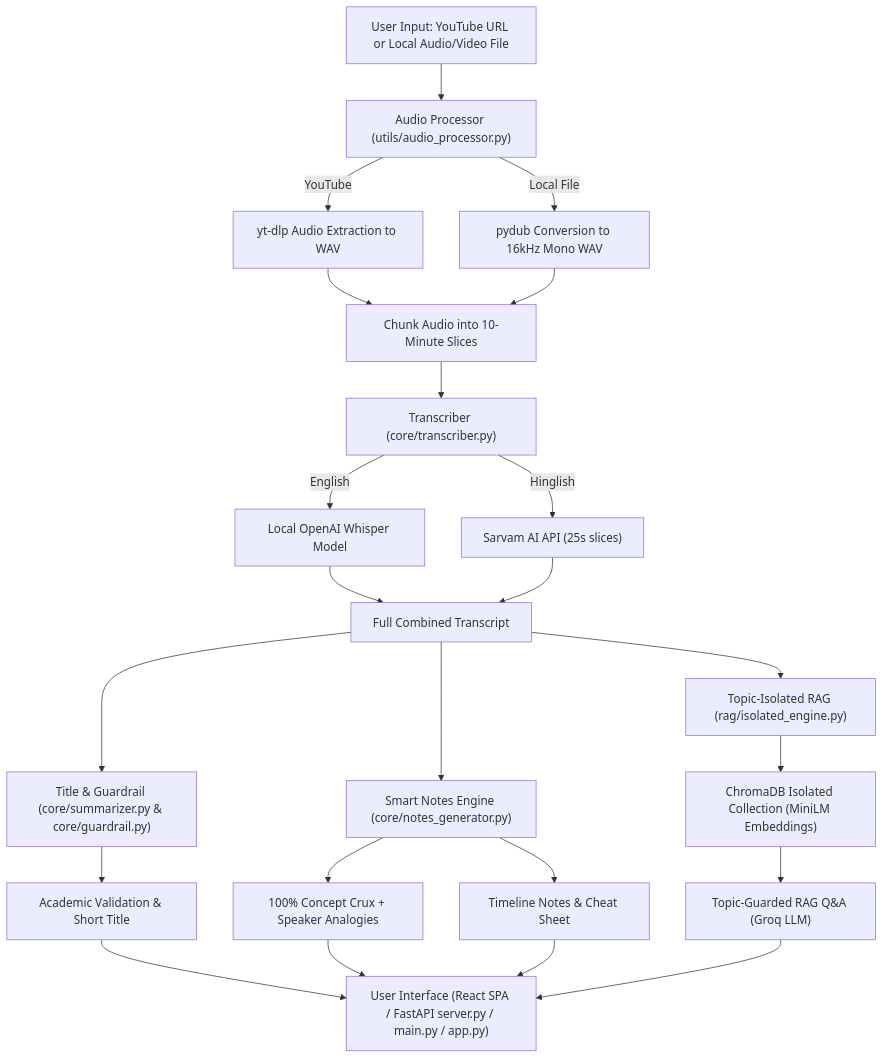
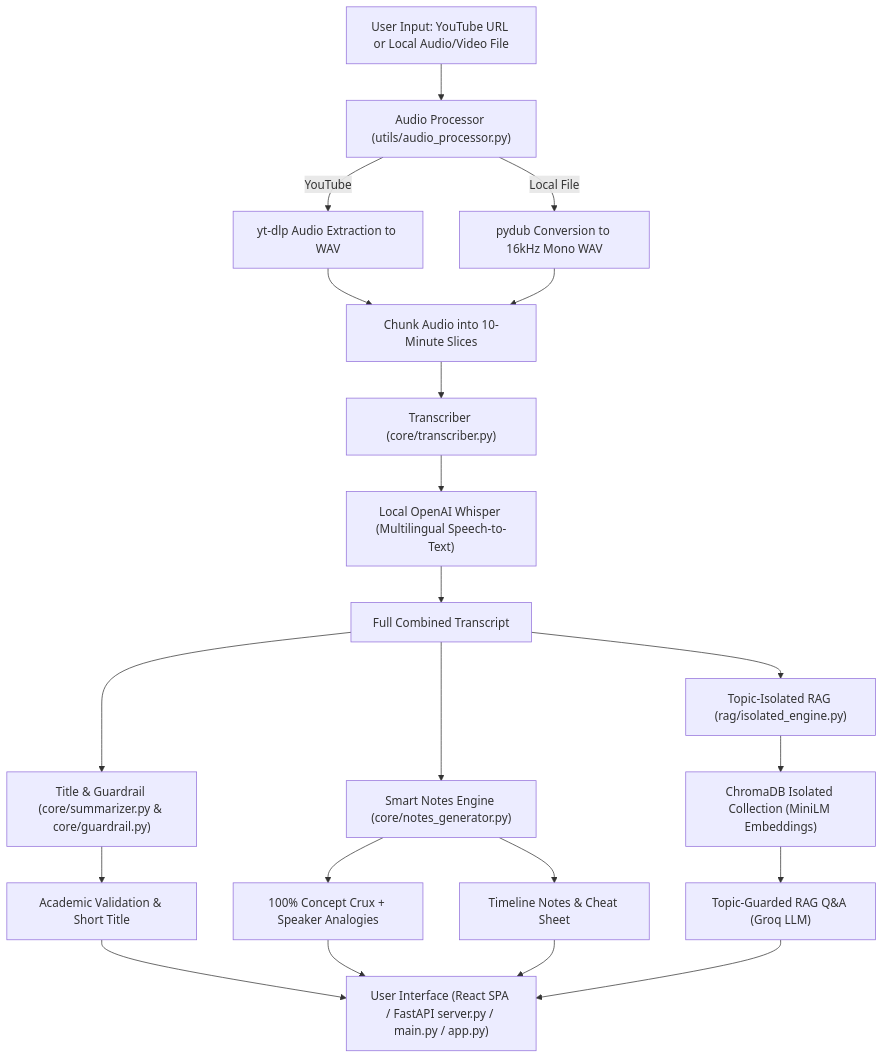
Before and after one commit to anishgupta07/NotesGen_AI: the first of 2 diagrams in PROJECT_DOCUMENTATION.md, drawn with Mermaid. The commit also changed other lines of this file and 2 other files, not shown here.

Commit message:
refactor: completely remove Sarvam AI and rely solely on local Whisper and YouTube captions

````diff
--- a/PROJECT_DOCUMENTATION.md
+++ b/PROJECT_DOCUMENTATION.md
@@ -20,30 +20,28 @@
 ```mermaid
 flowchart TD
     A["User Input: YouTube URL or Local Audio/Video File"] --> B["Audio Processor (utils/audio_processor.py)"]
     B -->|YouTube| B1["yt-dlp Audio Extraction to WAV"]
     B -->|Local File| B2["pydub Conversion to 16kHz Mono WAV"]
     B1 --> B3["Chunk Audio into 10-Minute Slices"]
     B2 --> B3
     B3 --> C["Transcriber (core/transcriber.py)"]
     
-    C -->|English| C1["Local OpenAI Whisper Model"]
-    C -->|Hinglish| C2["Sarvam AI API (25s slices)"]
+    C --> C1["Local OpenAI Whisper (Multilingual Speech-to-Text)"]
     C1 --> D["Full Combined Transcript"]
-    C2 --> D
     
     D --> E["Title & Guardrail (core/summarizer.py & core/guardrail.py)"]
     D --> F["Smart Notes Engine (core/notes_generator.py)"]
     D --> G["Topic-Isolated RAG (rag/isolated_engine.py)"]
     
     E --> E1["Academic Validation & Short Title"]
     F --> F1["100% Concept Crux + Speaker Analogies"]
     F --> F2["Timeline Notes & Cheat Sheet"]
     
     G --> G1["ChromaDB Isolated Collection (MiniLM Embeddings)"]
     G1 --> G2["Topic-Guarded RAG Q&A (Groq LLM)"]
     
     E1 --> H["User Interface (React SPA / FastAPI server.py / main.py / app.py)"]
     F1 --> H
     F2 --> H
     G2 --> H
 ```
````
